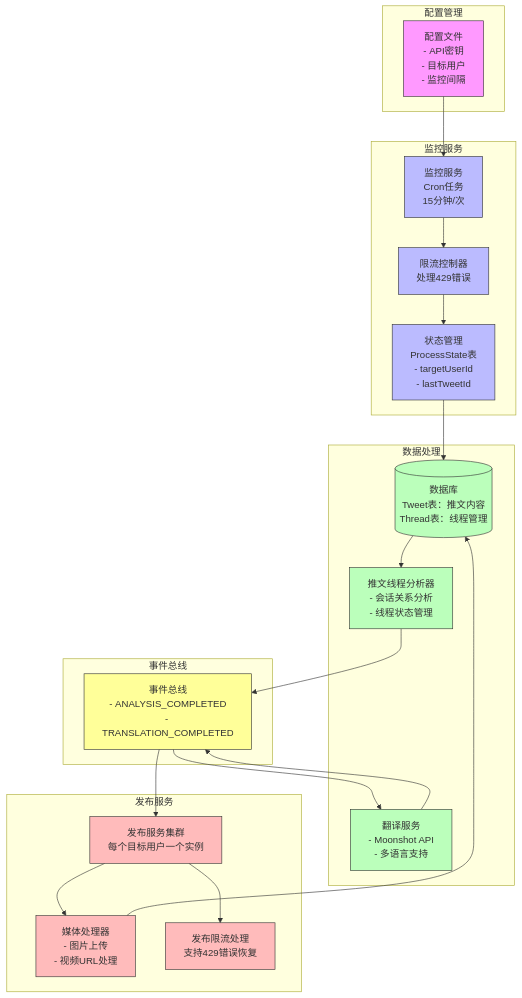
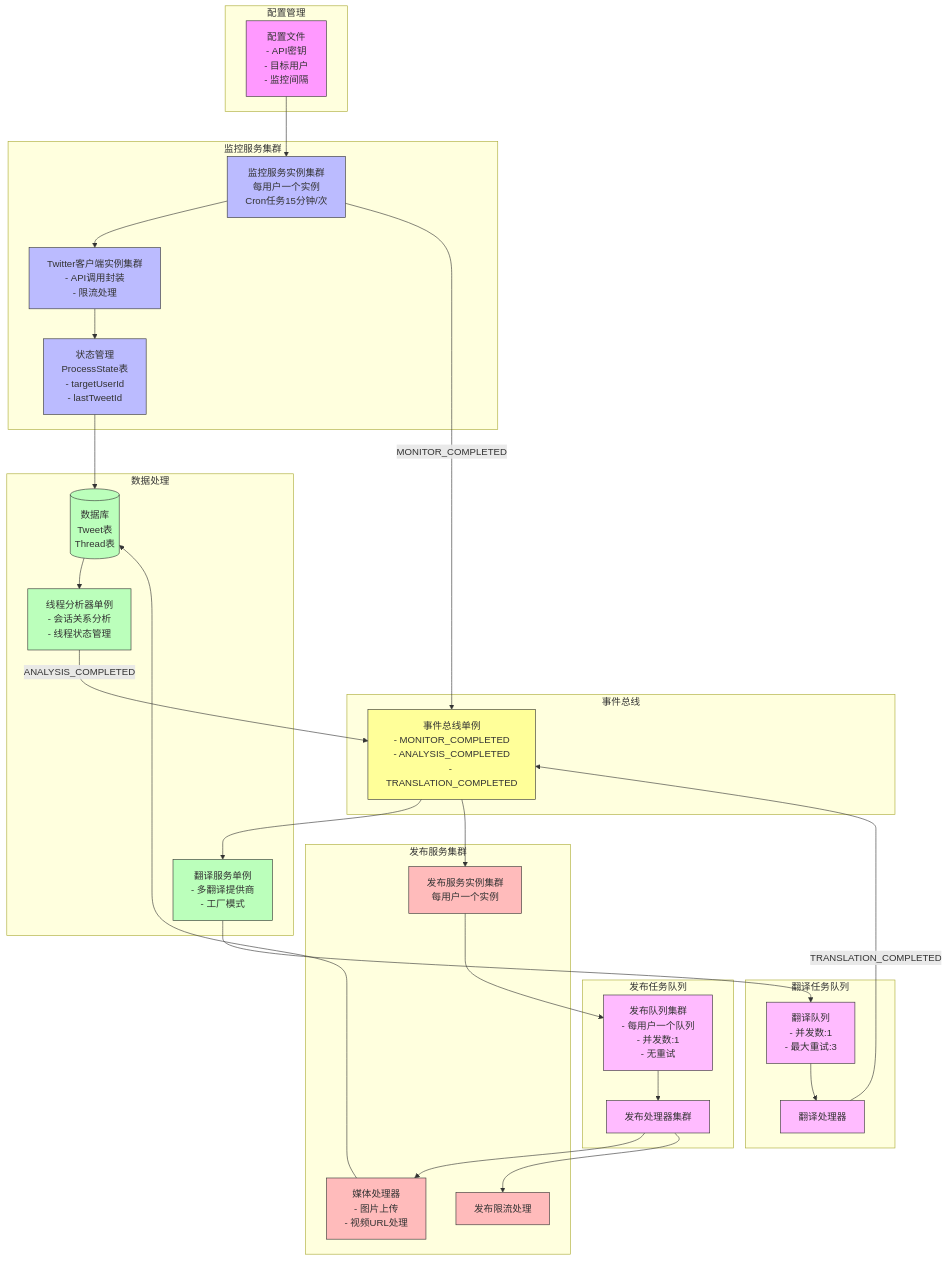
Before and after one commit to frmachao/twitter-mirror: the diagram in docs/architecture.md, drawn with Mermaid. The commit also changed other lines of this file and 8 other files, not shown here.

````diff
--- a/docs/architecture.md
+++ b/docs/architecture.md
@@ -7,55 +7,73 @@
 ```mermaid
 graph TB
     subgraph 配置管理
     Config[配置文件<br/>- API密钥<br/>- 目标用户<br/>- 监控间隔]
     end
 
-    subgraph 监控服务
-    Monitor[监控服务<br/>Cron任务<br/>15分钟/次]
-    RateLimit[限流控制器<br/>处理429错误]
+    subgraph 监控服务集群
+    Monitor[监控服务实例集群<br/>每用户一个实例<br/>Cron任务15分钟/次]
+    TwitterClient[Twitter客户端实例集群<br/>- API调用封装<br/>- 限流处理]
     ProcessState[状态管理<br/>ProcessState表<br/>- targetUserId<br/>- lastTweetId]
     end
 
     subgraph 事件总线
-    EventBus[事件总线<br/>- ANALYSIS_COMPLETED<br/>- TRANSLATION_COMPLETED]
+    EventBus[事件总线单例<br/>- MONITOR_COMPLETED<br/>- ANALYSIS_COMPLETED<br/>- TRANSLATION_COMPLETED]
     end
 
     subgraph 数据处理
-    ThreadAnalyzer[推文线程分析器<br/>- 会话关系分析<br/>- 线程状态管理]
-    Translator[翻译服务<br/>- Moonshot API<br/>- 多语言支持]
-    DB[(数据库<br/>Tweet表：推文内容<br/>Thread表：线程管理)]
+    ThreadAnalyzer[线程分析器单例<br/>- 会话关系分析<br/>- 线程状态管理]
+    Translator[翻译服务单例<br/>- 多翻译提供商<br/>- 工厂模式]
+    DB[(数据库<br/>Tweet表<br/>Thread表)]
     end
 
-    subgraph 发布服务
-    Publishers[发布服务集群<br/>每个目标用户一个实例]
+    subgraph 翻译任务队列
+    TranslationQueue[翻译队列<br/>- 并发数:1<br/>- 最大重试:3]
+    TranslationProcessor[翻译处理器]
+    end
+
+    subgraph 发布任务队列
+    PublishQueue[发布队列集群<br/>- 每用户一个队列<br/>- 并发数:1<br/>- 无重试]
+    PublishProcessor[发布处理器集群]
+    end
+
+    subgraph 发布服务集群
+    Publishers[发布服务实例集群<br/>每用户一个实例]
     MediaHandler[媒体处理器<br/>- 图片上传<br/>- 视频URL处理]
-    RateLimitHandler[发布限流处理<br/>支持429错误恢复]
+    RateLimitHandler[发布限流处理]
     end
 
     Config --> Monitor
-    Monitor --> RateLimit
-    RateLimit --> ProcessState
+    Monitor --> TwitterClient
+    TwitterClient --> ProcessState
     ProcessState --> DB
     
+    Monitor -- MONITOR_COMPLETED --> EventBus
     DB --> ThreadAnalyzer
-    ThreadAnalyzer --> EventBus
+    ThreadAnalyzer -- ANALYSIS_COMPLETED --> EventBus
     EventBus --> Translator
-    Translator --> EventBus
+    
+    Translator --> TranslationQueue
+    TranslationQueue --> TranslationProcessor
+    TranslationProcessor -- TRANSLATION_COMPLETED --> EventBus
+    
     EventBus --> Publishers
-    
-    Publishers --> MediaHandler
-    Publishers --> RateLimitHandler
+    Publishers --> PublishQueue
+    PublishQueue --> PublishProcessor
+    PublishProcessor --> MediaHandler
+    PublishProcessor --> RateLimitHandler
     MediaHandler --> DB
-    
+
     classDef config fill:#f9f,stroke:#333
     classDef monitor fill:#bbf,stroke:#333
     classDef eventbus fill:#ff9,stroke:#333
     classDef process fill:#bfb,stroke:#333
+    classDef queue fill:#fbf,stroke:#333
     classDef publish fill:#fbb,stroke:#333
     
     class Config config
-    class Monitor,RateLimit,ProcessState monitor
+    class Monitor,TwitterClient,ProcessState monitor
     class EventBus eventbus
     class ThreadAnalyzer,Translator,DB process
+    class TranslationQueue,PublishQueue,TranslationProcessor,PublishProcessor queue
     class Publishers,MediaHandler,RateLimitHandler publish
 ```
````
